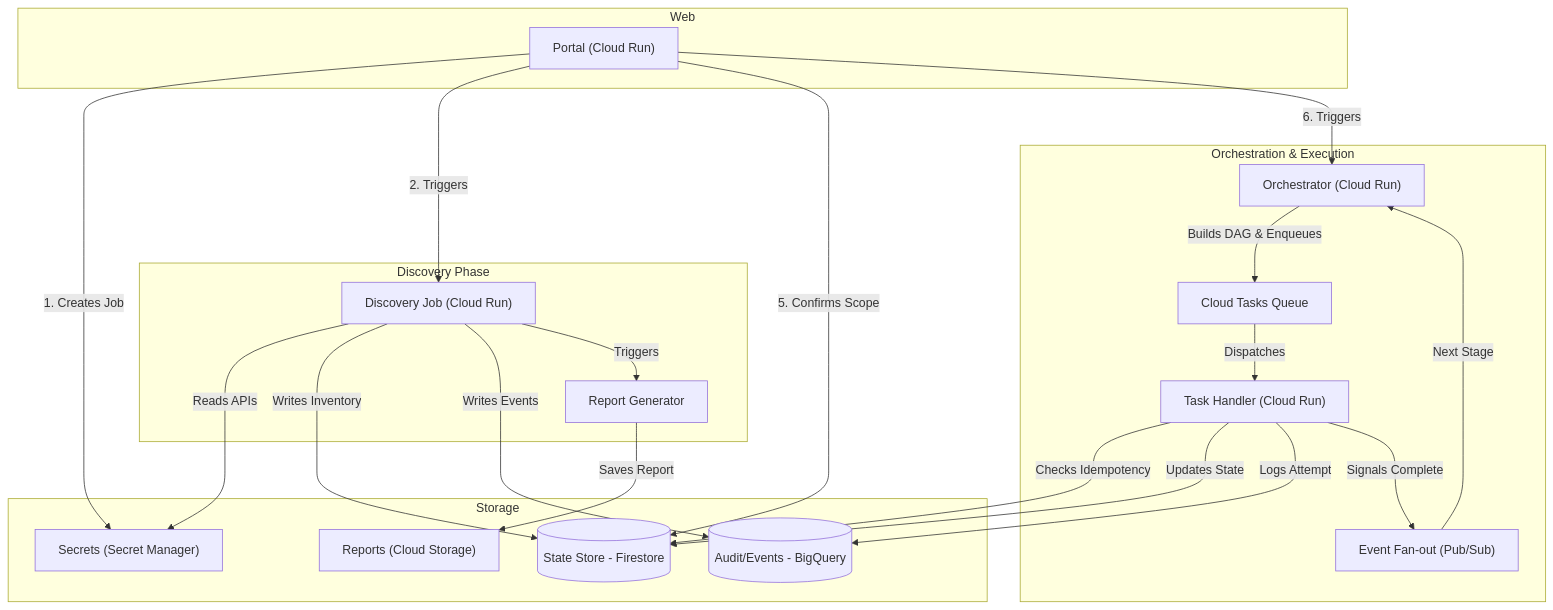
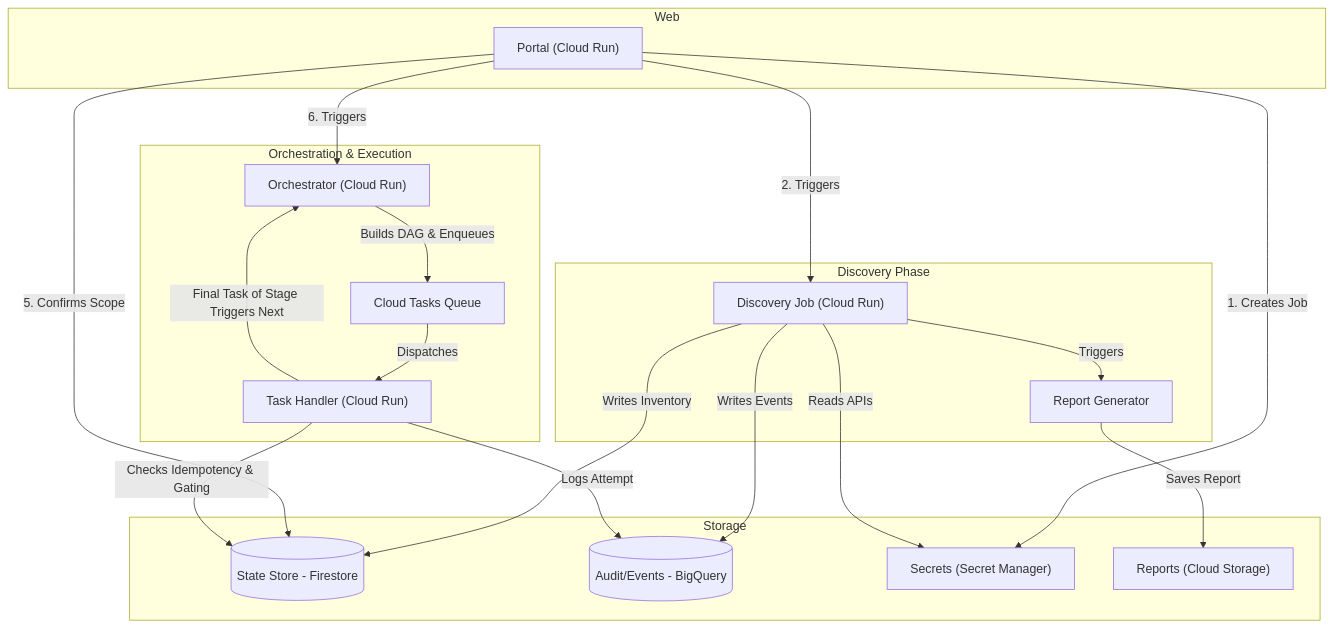
Before and after one commit to bensolano/fr-dgtl-monday-account-migration-poc: the diagram in docs/02-architecture.md, drawn with Mermaid. The commit also changed other lines of this file, not shown here.

Commit message:
docs: remove inaccurate Pub/Sub references and clarify Firestore stage gating

````diff
--- a/docs/02-architecture.md
+++ b/docs/02-architecture.md
@@ -22,42 +21,39 @@
 ```mermaid
 graph TD
     subgraph Web
         Portal["Portal (Cloud Run)"]
     end
     
     subgraph Discovery Phase
         Discovery["Discovery Job (Cloud Run)"]
         ReportGen["Report Generator"]
     end
     
     subgraph Orchestration & Execution
         Orchestrator["Orchestrator (Cloud Run)"]
         CloudTasks["Cloud Tasks Queue"]
         TaskHandler["Task Handler (Cloud Run)"]
-        PubSub["Event Fan-out (Pub/Sub)"]
     end
     
     subgraph Storage
         Firestore[("State Store - Firestore")]
         BigQuery[("Audit/Events - BigQuery")]
         SecretMgr["Secrets (Secret Manager)"]
         GCS["Reports (Cloud Storage)"]
     end
     
     Portal -->|1. Creates Job| SecretMgr
     Portal -->|2. Triggers| Discovery
     Discovery -->|Reads APIs| SecretMgr
     Discovery -->|Writes Inventory| Firestore
     Discovery -->|Writes Events| BigQuery
     Discovery -->|Triggers| ReportGen
     ReportGen -->|Saves Report| GCS
     Portal -->|5. Confirms Scope| Firestore
     Portal -->|6. Triggers| Orchestrator
     Orchestrator -->|Builds DAG & Enqueues| CloudTasks
     CloudTasks -->|Dispatches| TaskHandler
-    TaskHandler -->|Checks Idempotency| Firestore
-    TaskHandler -->|Updates State| Firestore
+    TaskHandler -->|Checks Idempotency & Gating| Firestore
     TaskHandler -->|Logs Attempt| BigQuery
-    TaskHandler -->|Signals Complete| PubSub
-    PubSub -->|Next Stage| Orchestrator
+    TaskHandler -->|Final Task of Stage Triggers Next| Orchestrator
 ```
````
